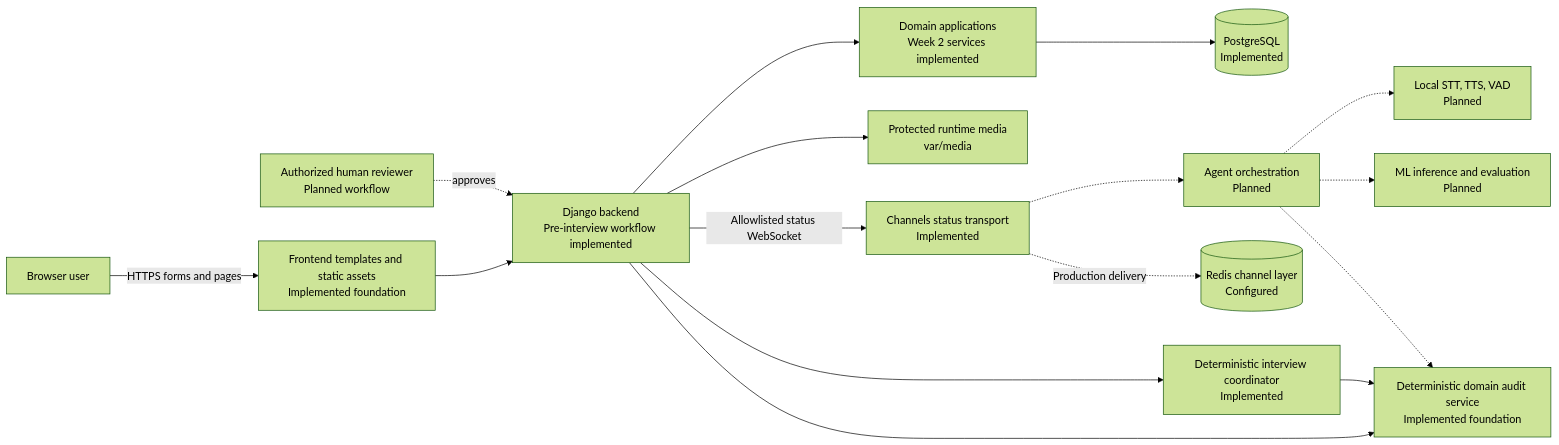
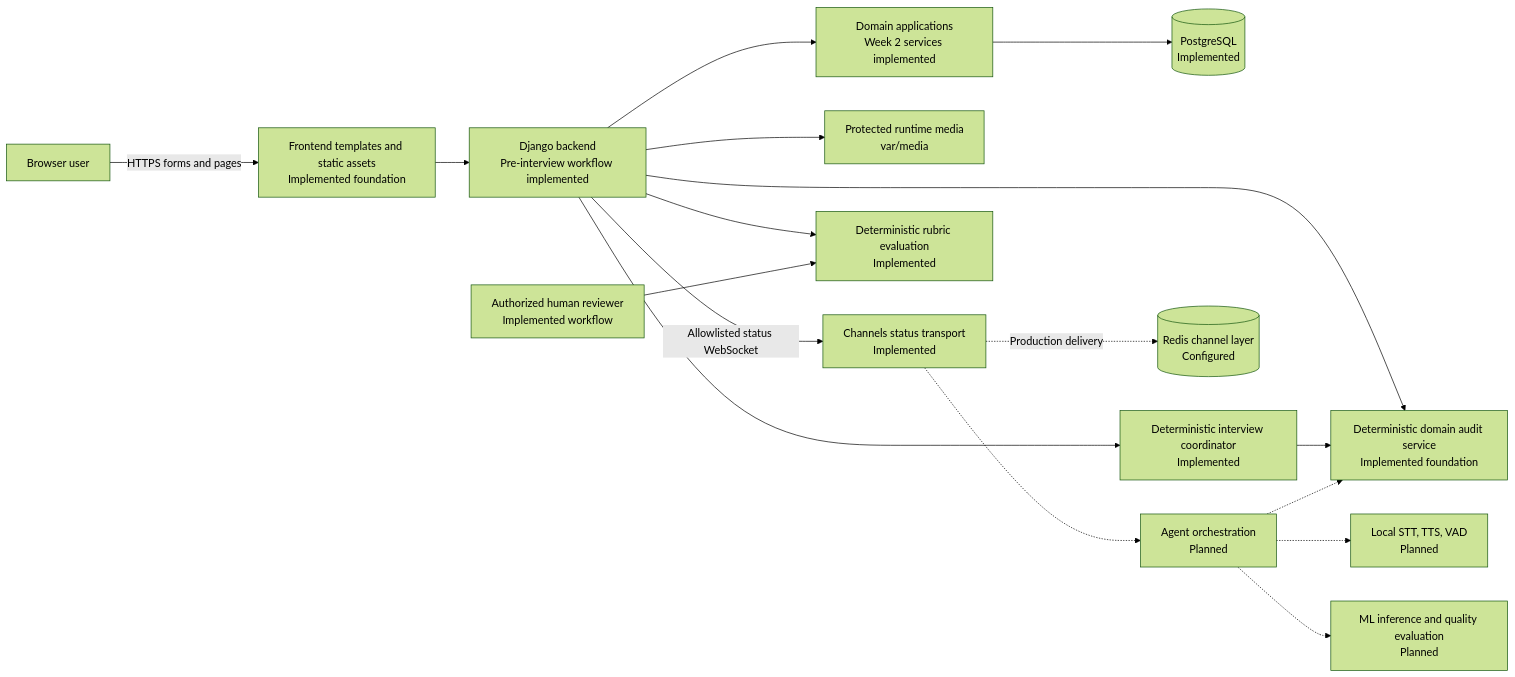
The first of 4 diagrams in docs/ARCHITECTURE.md (hamzadugal21/MultiAgentCaller), drawn with Mermaid (forest theme) before and after one commit. The commit also changed other lines of this file and 165 other files, not shown here.

````diff
--- a/docs/ARCHITECTURE.md
+++ b/docs/ARCHITECTURE.md
@@ -13,18 +13,19 @@
 ```mermaid
 flowchart LR
     U[Browser user] -->|HTTPS forms and pages| FE[Frontend templates and static assets<br/>Implemented foundation]
     FE --> DJ[Django backend<br/>Pre-interview workflow implemented]
     DJ --> APPS[Domain applications<br/>Week 2 services implemented]
     APPS --> PG[(PostgreSQL<br/>Implemented)]
     DJ --> MEDIA[Protected runtime media<br/>var/media]
     DJ --> COORD[Deterministic interview coordinator<br/>Implemented]
     DJ -->|Allowlisted status WebSocket| CH[Channels status transport<br/>Implemented]
     CH -. Production delivery .-> REDIS[(Redis channel layer<br/>Configured)]
     CH -.-> ORCH[Agent orchestration<br/>Planned]
     ORCH -.-> SPEECH[Local STT, TTS, VAD<br/>Planned]
-    ORCH -.-> ML[ML inference and evaluation<br/>Planned]
+    ORCH -.-> ML[ML inference and quality evaluation<br/>Planned]
+    DJ --> EVAL[Deterministic rubric evaluation<br/>Implemented]
     DJ --> AUDIT[Deterministic domain audit service<br/>Implemented foundation]
     COORD --> AUDIT
     ORCH -.-> AUDIT
-    REVIEW[Authorized human reviewer<br/>Planned workflow] -. approves .-> DJ
+    REVIEW[Authorized human reviewer<br/>Implemented workflow] --> EVAL
 ```
````
